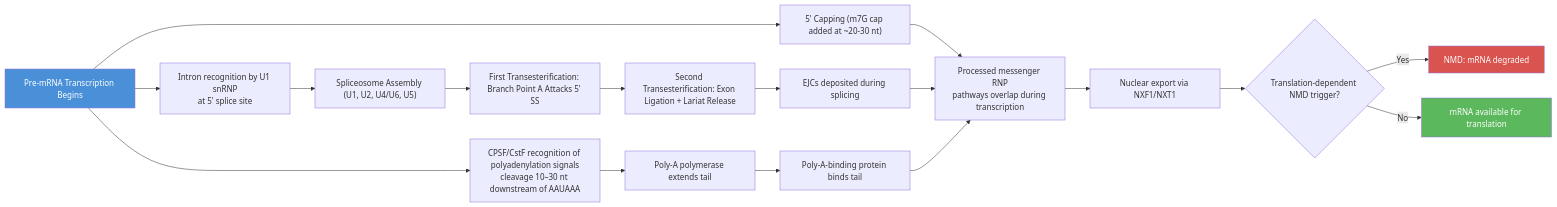
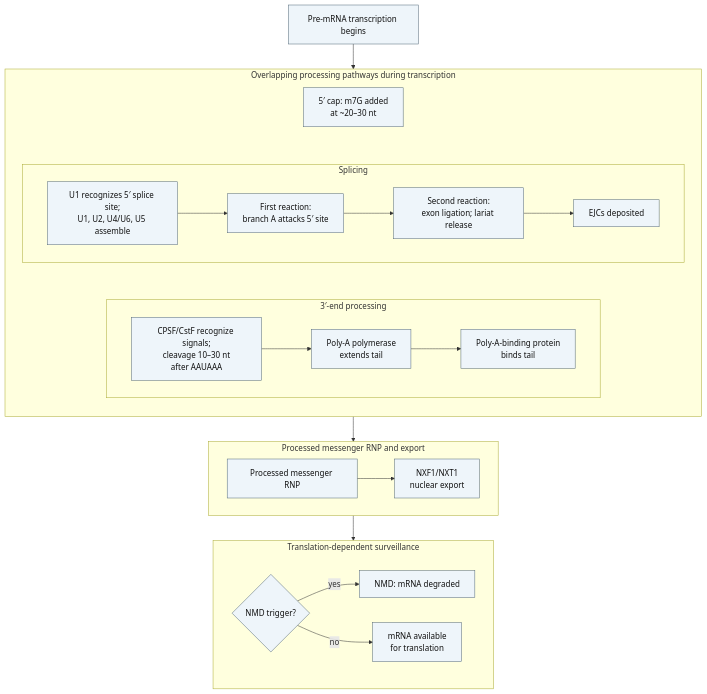
One commit to docxology/biology_textbook changed the second of 3 diagrams in docs/manuscript/unit_IV/gene_expression.md. Above: the diagram before and after it, drawn with Mermaid. The commit also changed other lines of this file and 41 other files, not shown here.

````diff
--- a/docs/manuscript/unit_IV/gene_expression.md
+++ b/docs/manuscript/unit_IV/gene_expression.md
@@ -159,23 +162,35 @@
 ```mermaid
-flowchart LR
-    A["Pre-mRNA Transcription Begins"] --> B["5' Capping (m7G cap added at ~20-30 nt)"]
-    A --> C["Intron recognition by U1 snRNP<br/>at 5' splice site"]
-    C --> D["Spliceosome Assembly (U1, U2, U4/U6, U5)"]
-    D --> E["First Transesterification: Branch Point A Attacks 5' SS"]
-    E --> F["Second Transesterification: Exon Ligation + Lariat Release"]
-    F --> J["EJCs deposited during splicing"]
-    A --> G["CPSF/CstF recognition of polyadenylation signals<br/>cleavage 10–30 nt downstream of AAUAAA"]
-    G --> H["Poly-A polymerase extends tail"]
-    H --> I["Poly-A-binding protein binds tail"]
-    B --> Ready["Processed messenger RNP<br/>pathways overlap during transcription"]
-    J --> Ready
-    I --> Ready
-    Ready --> L["Nuclear export via NXF1/NXT1"]
-    L --> K{"Translation-dependent NMD trigger?"}
-    K -->|Yes| M["NMD: mRNA degraded"]
-    K -->|No| N["mRNA available for translation"]
-
-    style A fill:#4a90d9,color:#fff
-    style N fill:#5cb85c,color:#fff
-    style M fill:#d9534f,color:#fff
+---
+config:
+  layout: dagre
+---
+flowchart TB
+    A["Pre-mRNA transcription begins"] --> processing
+    subgraph processing["Overlapping processing pathways during transcription"]
+        direction TB
+        B["5′ cap: m7G added<br/>at ~20–30 nt"]
+        subgraph splice["Splicing"]
+            direction LR
+            C["U1 recognizes 5′ splice site;<br/>U1, U2, U4/U6, U5 assemble"] --> E["First reaction:<br/>branch A attacks 5′ site"]
+            E --> F["Second reaction:<br/>exon ligation; lariat release"] --> J["EJCs deposited"]
+        end
+        subgraph poly["3′-end processing"]
+            direction LR
+            G["CPSF/CstF recognize signals;<br/>cleavage 10–30 nt<br/>after AAUAAA"] --> H["Poly-A polymerase<br/>extends tail"] --> I["Poly-A-binding protein<br/>binds tail"]
+        end
+        B ~~~ splice
+        splice ~~~ poly
+    end
+    subgraph export["Processed messenger RNP and export"]
+        direction LR
+        Ready["Processed messenger RNP"] --> L["NXF1/NXT1<br/>nuclear export"]
+    end
+    subgraph surveillance["Translation-dependent surveillance"]
+        direction LR
+        K{"NMD trigger?"} -->|yes| M["NMD: mRNA degraded"]
+        K -->|no| N["mRNA available<br/>for translation"]
+    end
+    processing --> export --> surveillance
+    classDef ink fill:#eef5fa,stroke:#526777,color:#111111
+    class A,B,C,E,F,J,G,H,I,Ready,L,K,M,N ink
 ```
````
